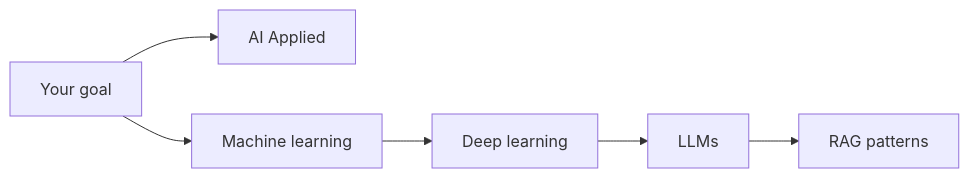
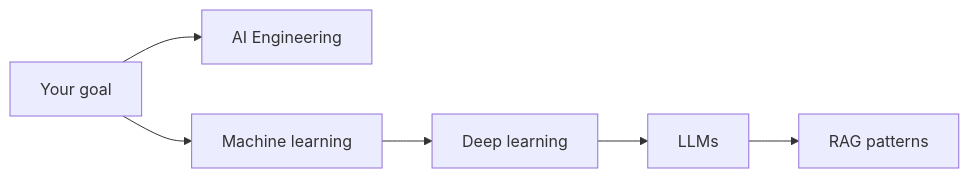
Before and after one commit to tiagoyamashita/content: the first of 2 diagrams in src/content/en/ai101/i-overview.md, drawn with Mermaid. The commit also changed other lines of this file and 142 other files, not shown here.

First line of the commit message:
docs(jp): sync Mermaid diagrams and fill track overview gaps

````diff
--- a/src/content/en/ai101/i-overview.md
+++ b/src/content/en/ai101/i-overview.md
@@ -21,8 +21,8 @@
 ```mermaid
 flowchart LR
-  Start[Your goal] --> Applied[AI Applied]
+  Start[Your goal] --> Applied[AI Engineering]
   Start --> ML[Machine learning]
   ML --> DL[Deep learning]
   DL --> LLM[LLMs]
   LLM --> RAG[RAG patterns]
 ```
````
